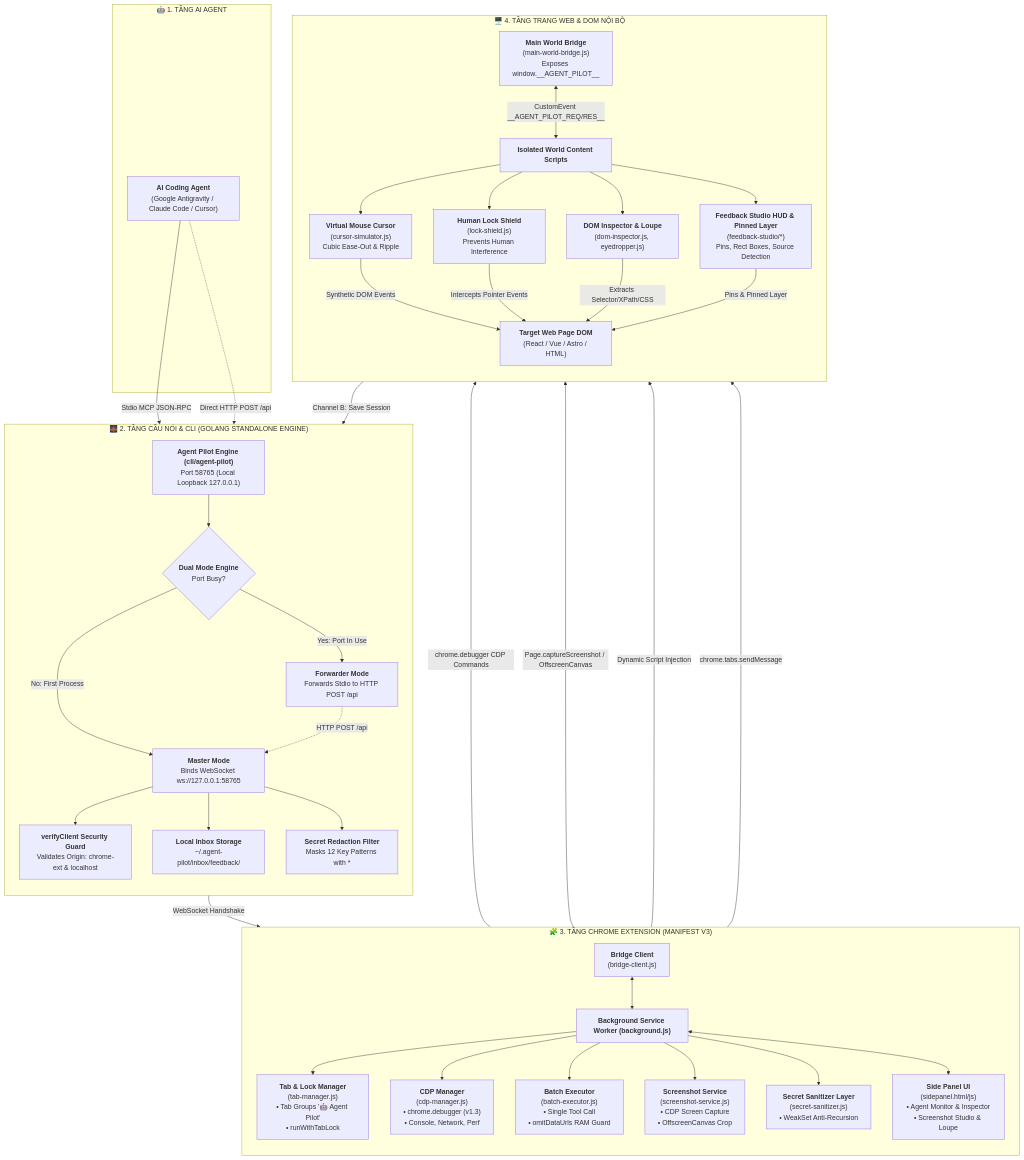
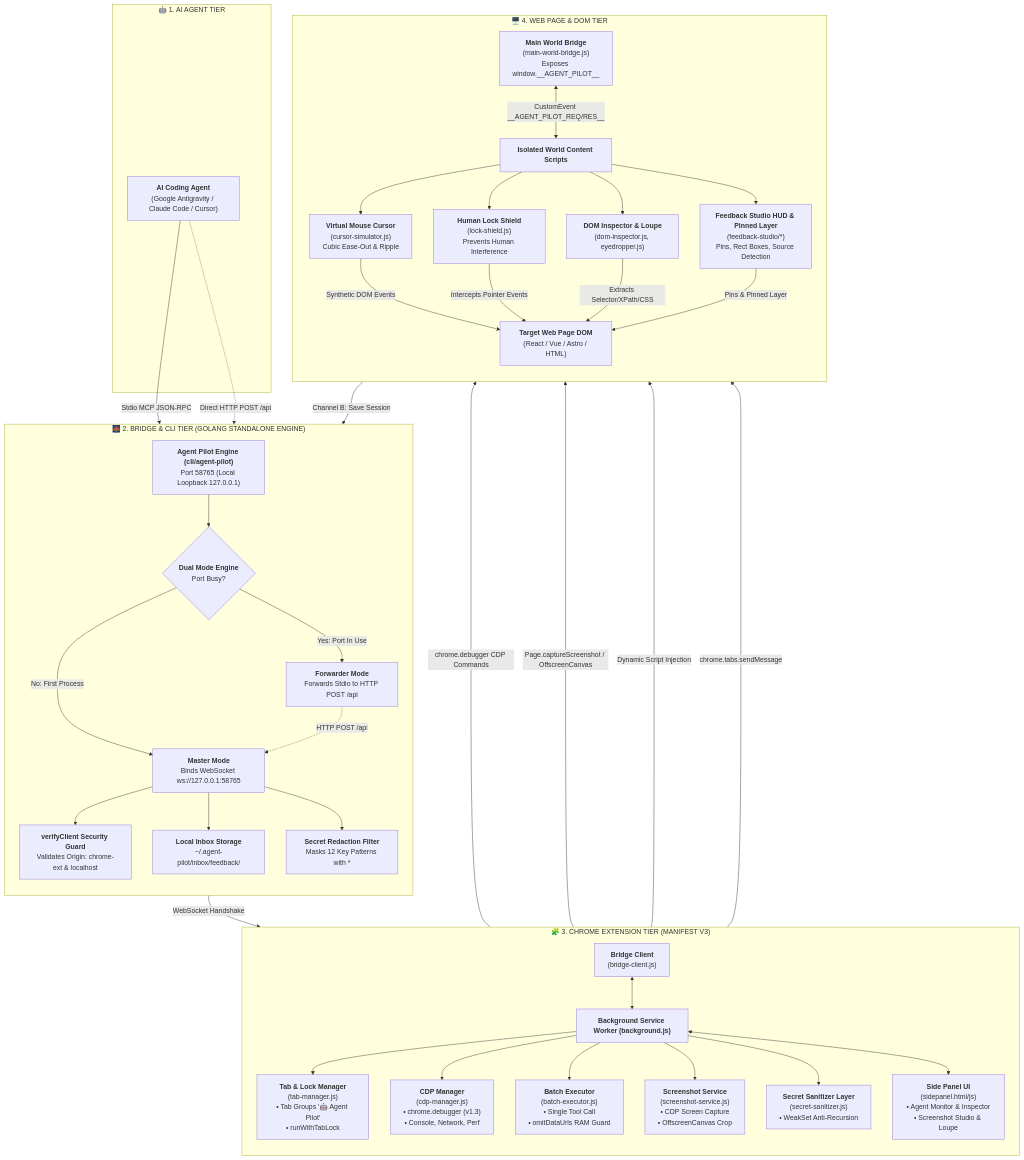
The first of 3 diagrams in docs/ARCHITECTURE.md (ducconit/agent-pilot), drawn with Mermaid before and after one commit. The commit also changed other lines of this file and 75 other files, not shown here.

````diff
--- a/docs/ARCHITECTURE.md
+++ b/docs/ARCHITECTURE.md
@@ -12,78 +12,78 @@
 ```mermaid
 flowchart TB
-    subgraph AgentLayer["🤖 1. TẦNG AI AGENT"]
+    subgraph AgentLayer["🤖 1. AI AGENT TIER"]
         Agent["<b>AI Coding Agent</b><br/>(Google Antigravity / Claude Code / Cursor)"]
     end
 
-    subgraph BridgeLayer["🌉 2. TẦNG CẦU NỐI & CLI (GOLANG STANDALONE ENGINE)"]
+    subgraph BridgeLayer["🌉 2. BRIDGE & CLI TIER (GOLANG STANDALONE ENGINE)"]
         direction TB
         ServerEntry["<b>Agent Pilot Engine (cli/agent-pilot)</b><br/>Port 58765 (Local Loopback 127.0.0.1)"]
         DualMode{"<b>Dual Mode Engine</b><br/>Port Busy?"}
         Master["<b>Master Mode</b><br/>Binds WebSocket ws://127.0.0.1:58765"]
         Forwarder["<b>Forwarder Mode</b><br/>Forwards Stdio to HTTP POST /api"]
         VerifyClient["<b>verifyClient Security Guard</b><br/>Validates Origin: chrome-ext & localhost"]
         ServerRedactor["<b>Secret Redaction Filter</b><br/>Masks 12 Key Patterns with *"]
         InboxFS["<b>Local Inbox Storage</b><br/>~/.agent-pilot/inbox/feedback/"]
     end
 
-    subgraph ExtensionLayer["🧩 3. TẦNG CHROME EXTENSION (MANIFEST V3)"]
+    subgraph ExtensionLayer["🧩 3. CHROME EXTENSION TIER (MANIFEST V3)"]
         direction TB
         SW["<b>Background Service Worker (background.js)</b>"]
         WSClient["<b>Bridge Client</b><br/>(bridge-client.js)"]
         TabMgr["<b>Tab & Lock Manager</b><br/>(tab-manager.js)<br/>• Tab Groups '🤖 Agent Pilot'<br/>• runWithTabLock"]
         CDPMgr["<b>CDP Manager</b><br/>(cdp-manager.js)<br/>• chrome.debugger (v1.3)<br/>• Console, Network, Perf"]
         BatchExec["<b>Batch Executor</b><br/>(batch-executor.js)<br/>• Single Tool Call<br/>• omitDataUrls RAM Guard"]
         ShotSvc["<b>Screenshot Service</b><br/>(screenshot-service.js)<br/>• CDP Screen Capture<br/>• OffscreenCanvas Crop"]
         ClientRedactor["<b>Secret Sanitizer Layer</b><br/>(secret-sanitizer.js)<br/>• WeakSet Anti-Recursion"]
         SidePanel["<b>Side Panel UI</b><br/>(sidepanel.html/js)<br/>• Agent Monitor & Inspector<br/>• Screenshot Studio & Loupe"]
     end
 
-    subgraph PageLayer["🖥️ 4. TẦNG TRANG WEB & DOM NỘI BỘ"]
+    subgraph PageLayer["🖥️ 4. WEB PAGE & DOM TIER"]
         direction TB
         MainWorld["<b>Main World Bridge</b><br/>(main-world-bridge.js)<br/>Exposes window.__AGENT_PILOT__"]
         ContentScripts["<b>Isolated World Content Scripts</b>"]
         CursorSim["<b>Virtual Mouse Cursor</b><br/>(cursor-simulator.js)<br/>Cubic Ease-Out & Ripple"]
         LockShield["<b>Human Lock Shield</b><br/>(lock-shield.js)<br/>Prevents Human Interference"]
         DOMInspector["<b>DOM Inspector & Loupe</b><br/>(dom-inspector.js, eyedropper.js)"]
         FeedbackHUD["<b>Feedback Studio HUD & Pinned Layer</b><br/>(feedback-studio/*)<br/>Pins, Rect Boxes, Source Detection"]
         TargetDOM["<b>Target Web Page DOM</b><br/>(React / Vue / Astro / HTML)"]
     end
 
     %% Communication Links
     Agent -->|Stdio MCP JSON-RPC| ServerEntry
     Agent -.->|Direct HTTP POST /api| ServerEntry
     ServerEntry --> DualMode
     DualMode -->|No: First Process| Master
     DualMode -->|Yes: Port In Use| Forwarder
     Master --> VerifyClient
     VerifyClient -->|WebSocket Handshake| WSClient
     Forwarder -.->|HTTP POST /api| Master
 
     WSClient <--> SW
     SW --> TabMgr
     SW --> CDPMgr
     SW --> BatchExec
     SW --> ShotSvc
     SW --> ClientRedactor
     SW <--> SidePanel
 
     CDPMgr -->|chrome.debugger CDP Commands| TargetDOM
     ShotSvc -->|Page.captureScreenshot / OffscreenCanvas| TargetDOM
     TabMgr -->|Dynamic Script Injection| ContentScripts
     TabMgr -->|chrome.tabs.sendMessage| ContentScripts
 
     ContentScripts --> CursorSim
     ContentScripts --> LockShield
     ContentScripts --> DOMInspector
     ContentScripts --> FeedbackHUD
 
     CursorSim -->|Synthetic DOM Events| TargetDOM
     LockShield -->|Intercepts Pointer Events| TargetDOM
     DOMInspector -->|Extracts Selector/XPath/CSS| TargetDOM
     FeedbackHUD -->|Pins & Pinned Layer| TargetDOM
 
     MainWorld <-->|CustomEvent __AGENT_PILOT_REQ/RES__| ContentScripts
     FeedbackHUD -->|Channel B: Save Session| Master
     Master --> InboxFS
     Master --> ServerRedactor
 ```
````
